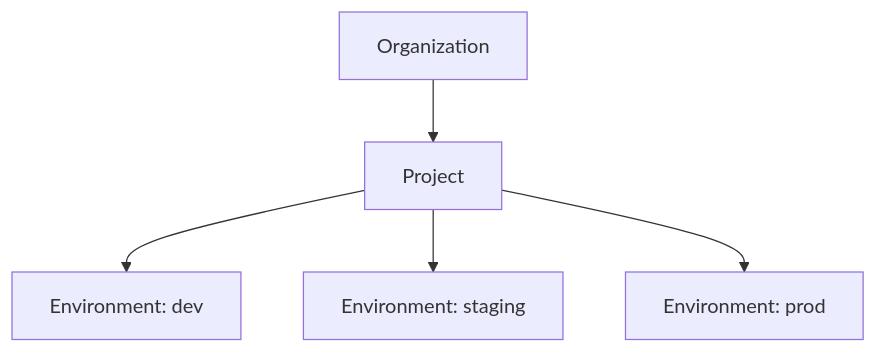
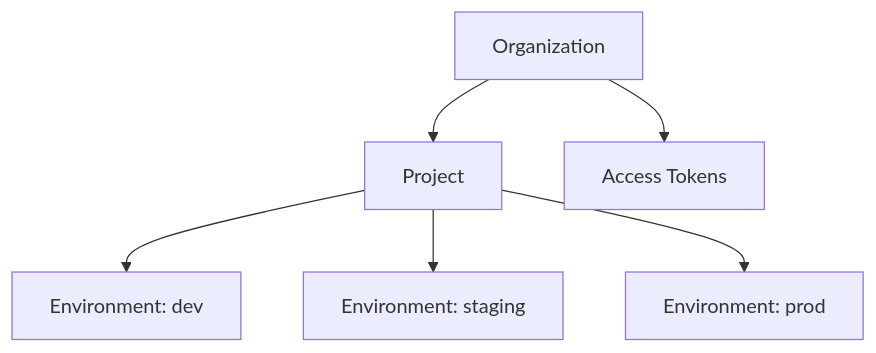
Before and after one commit to popup-studio-ai/bkend-docs: the first of 2 diagrams in en/mcp/03-project-tools.md, drawn with Mermaid. The commit also changed other lines of this file and 424 other files, not shown here.

````diff
--- a/en/mcp/03-project-tools.md
+++ b/en/mcp/03-project-tools.md
@@ -11,7 +11,8 @@
 ```mermaid
 flowchart TD
     A[Organization] --> B[Project]
     B --> C[Environment: dev]
     B --> D[Environment: staging]
     B --> E[Environment: prod]
+    A --> F[Access Tokens]
 ```
````
